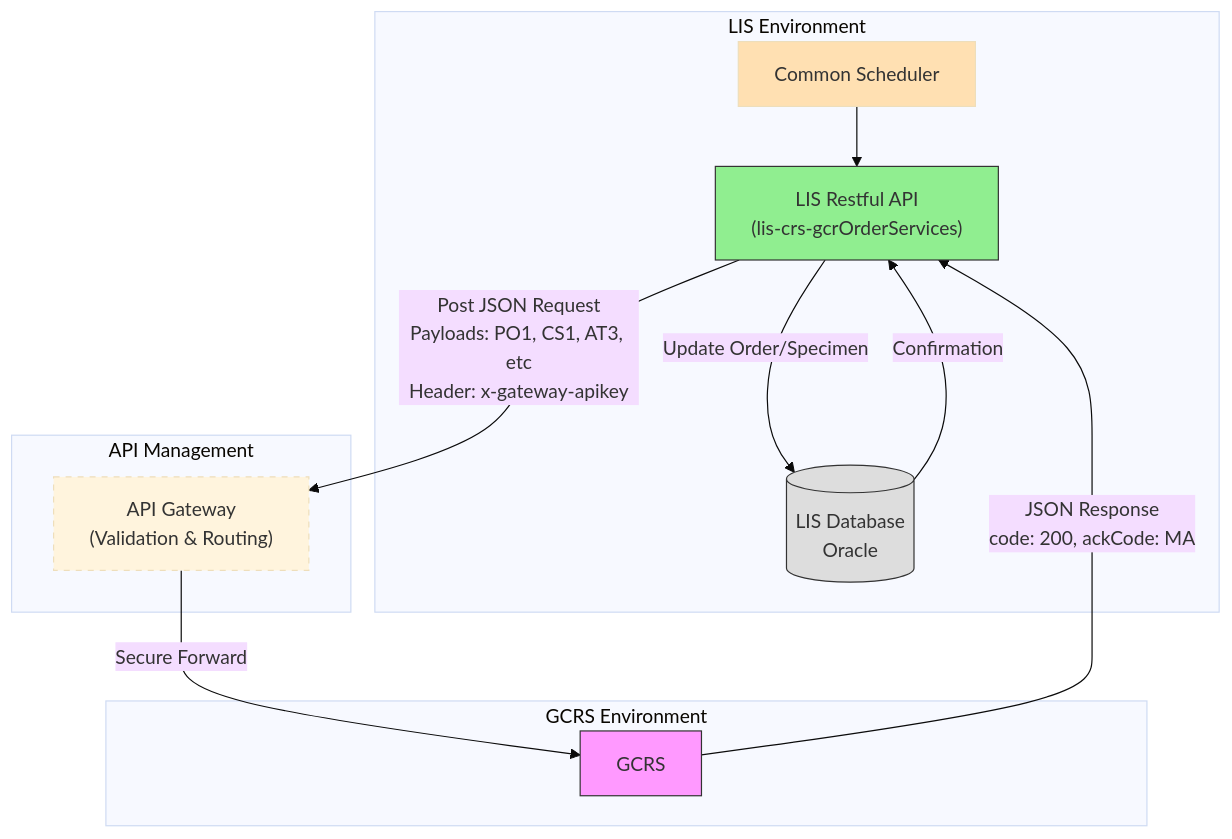
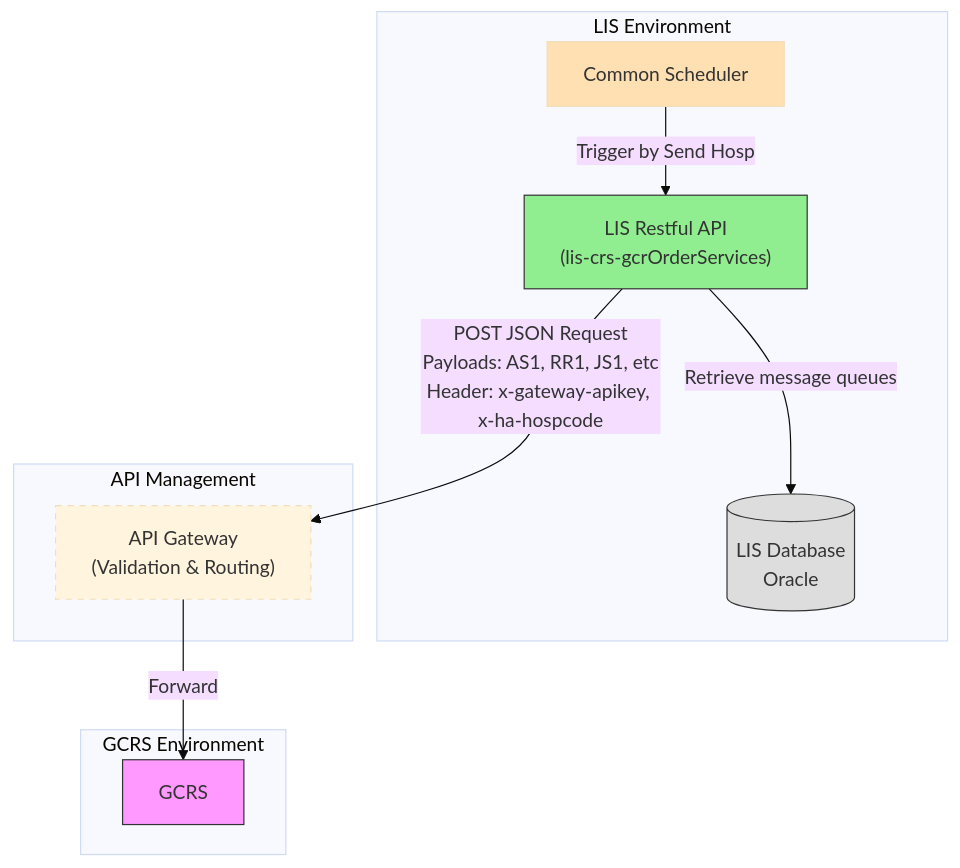
One commit to DragonChong/HA-Notes changed the second of 2 diagrams in CRS/Order Gateway/Technical Diagram.md. Above: the diagram before and after it, drawn with Mermaid (base theme).

Commit message:
vault backup: 2026-03-05 11:13:39

````diff
--- a/CRS/Order Gateway/Technical Diagram.md
+++ b/CRS/Order Gateway/Technical Diagram.md
@@ -33,26 +33,24 @@
 ```mermaid
-flowchart TD
+flowchart TB
  subgraph LIS_Env["LIS Environment"]
-        API["LIS Restful API<br>(lis-crs-gcrOrderServices)"]
         DB[("LIS Database<br>Oracle")]
         COMM_SCH["Common Scheduler"]
+        API["LIS Restful API<br>(lis-crs-gcrOrderServices)"]
   end
  subgraph API_Mgmt["API Management"]
         Gateway["API Gateway<br>(Validation &amp; Routing)"]
   end
  subgraph GCRS_Env["GCRS Environment"]
         GCRS["GCRS"]
   end
-    COMM_SCH --> API
-    API -- "Post JSON Request<br>Payloads: PO1, CS1, AT3, etc<br>Header: x-gateway-apikey" --> Gateway
-    DB -- Confirmation --> API
-    Gateway -- Secure Forward --> GCRS
-    API -- Update Order/Specimen --> DB
-    GCRS -- JSON Response<br>code: 200, ackCode: MA --> API
+    COMM_SCH --> |Trigger by Send Hosp| API
+    API --> |Retrieve message queues| DB
+    API --> |POST JSON Request<br/>Payloads: AS1, RR1, JS1, etc<br/>Header: x-gateway-apikey, x-ha-hospcode| Gateway
+    Gateway --> |Forward| GCRS
 
-    style API fill:#90EE90,stroke:#333,stroke-width:1px
     style DB fill:#DDD,stroke:#333
     style COMM_SCH fill:#FFE0B2
+    style API fill:#90EE90,stroke:#333,stroke-width:1px
     style Gateway stroke-dasharray: 5 5
     style GCRS fill:#FF99FF,stroke:#333,stroke-width:1px
 ```
````
